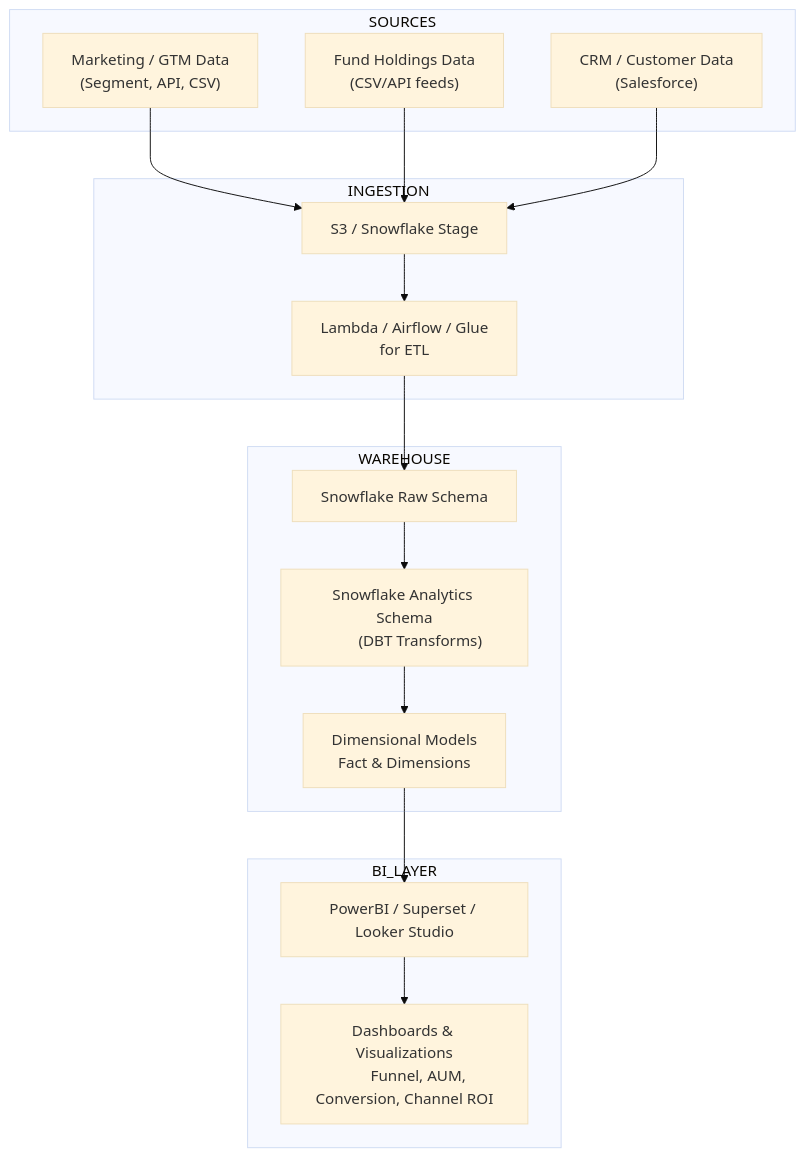
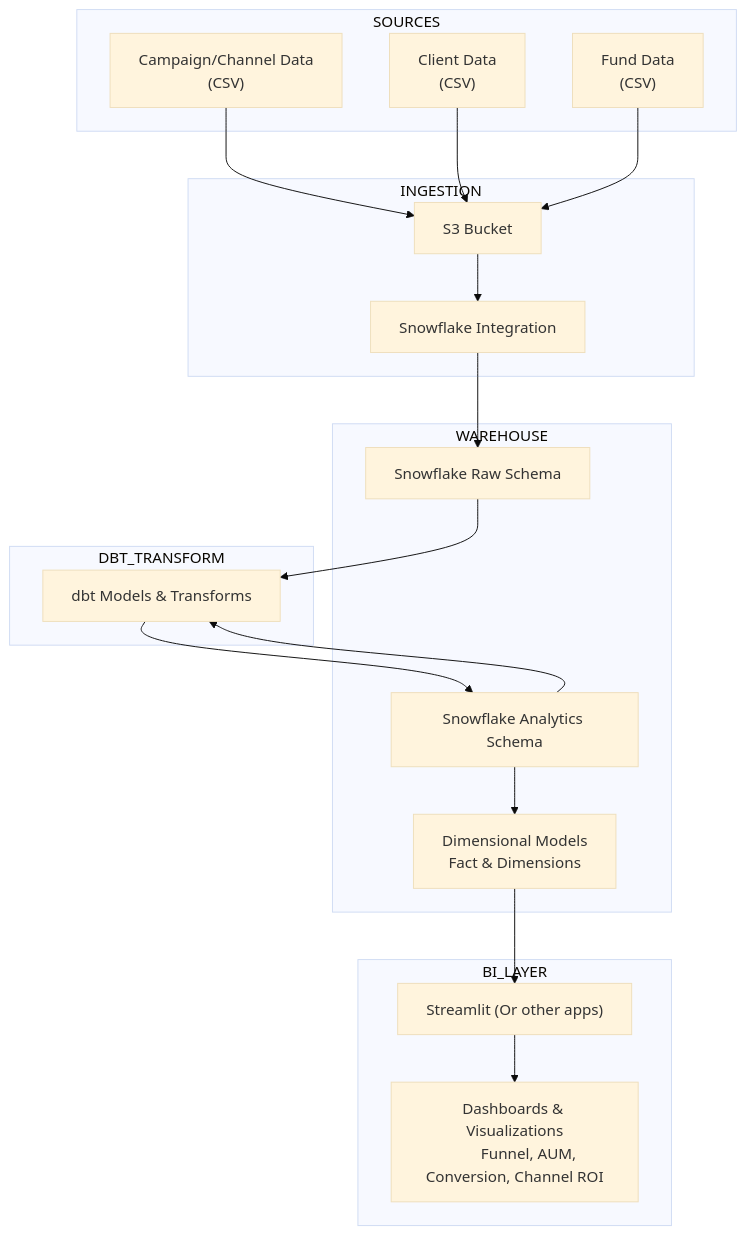
Before and after one commit to jsilv21/bitwise-project: the diagram in docs/architecture.md, drawn with Mermaid (base theme).

Commit message:
arch update

````diff
--- a/docs/architecture.md
+++ b/docs/architecture.md
@@ -1,38 +1,43 @@
 ```mermaid
 flowchart TD
     subgraph SOURCES
-        A1["Marketing / GTM Data
-        (Segment, API, CSV)"]
-        A2["Fund Holdings Data
-        (CSV/API feeds)"]
-        A3["CRM / Customer Data
-        (Salesforce)"]
+        A1["Campaign/Channel Data
+        (CSV)"]
+        A2["Client Data
+        (CSV)"]
+        A3["Fund Data
+        (CSV)"]
     end
     subgraph INGESTION
-        B1["S3 / Snowflake Stage"]
-        B2["Lambda / Airflow / Glue
-        for ETL"]
+        B1["S3 Bucket"]
+        B2["Snowflake Integration"]
     end
     subgraph WAREHOUSE
         C1["Snowflake Raw Schema"]
-        C2["Snowflake Analytics Schema
-        (DBT Transforms)"]
+        C2["Snowflake Analytics Schema"]
         C3["Dimensional Models
         Fact & Dimensions"]
     end
+    subgraph DBT_TRANSFORM
+        T1["dbt Models & Transforms"]
+    end
     subgraph BI_LAYER
-        D1["PowerBI / Superset / Looker Studio"]
+        D1["Streamlit (Or other apps)"]
         D2["Dashboards & Visualizations
         Funnel, AUM, Conversion, Channel ROI"]
     end
     %% Data Flow
     A1 --> B1
     A2 --> B1
     A3 --> B1
     B1 --> B2
     B2 --> C1
-    C1 --> C2
+    C1 --> T1
+    T1 --> C2
     C2 --> C3
     C3 --> D1
     D1 --> D2
+
+    %% Circular reference for dbt
+    C2 --> T1
 ```
````
